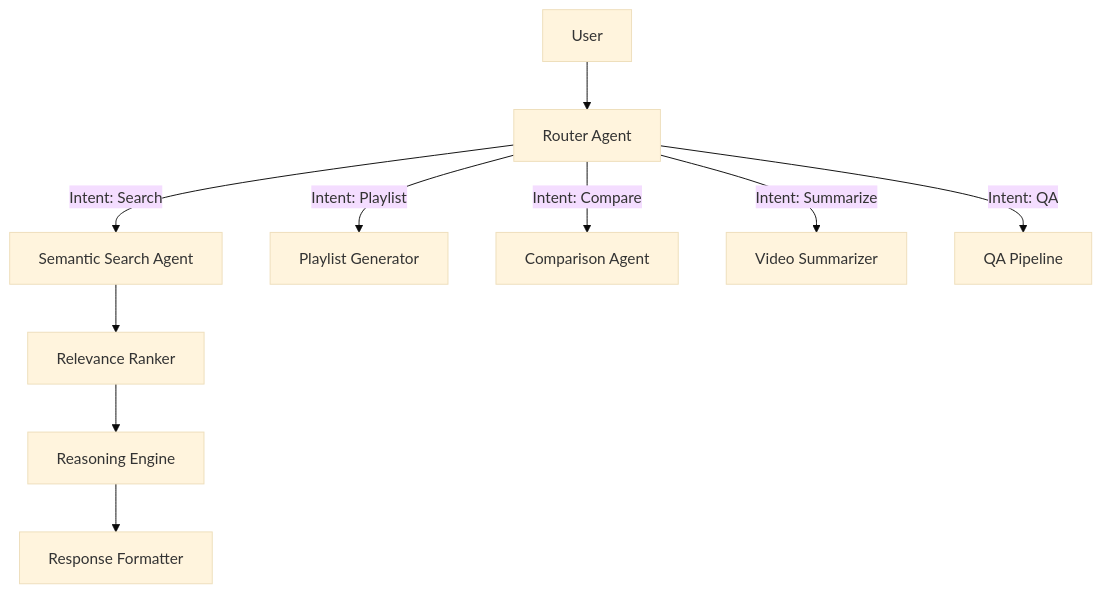
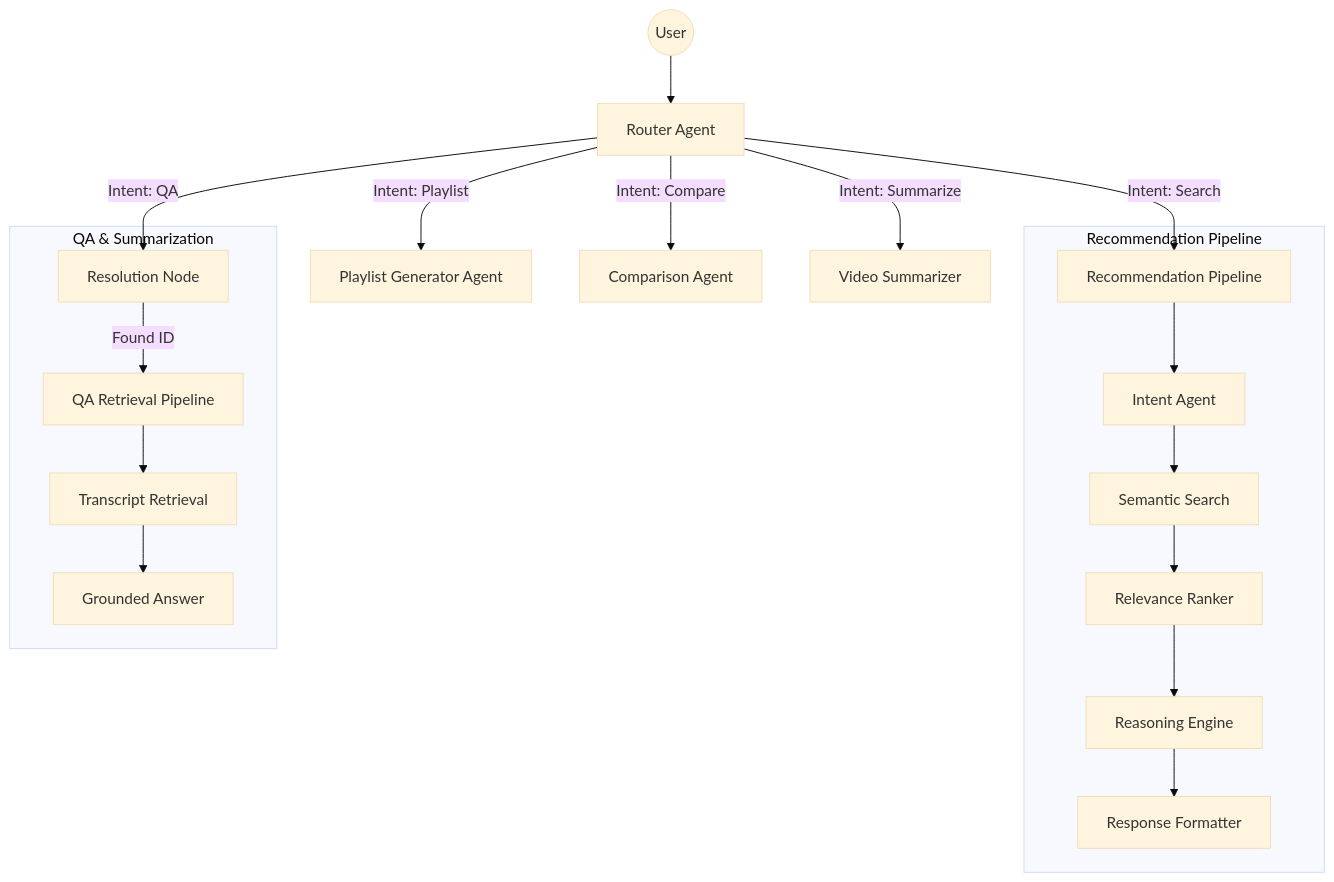
The diagram in README.md (mihir-rahate/TED_Agent_AI), drawn with Mermaid (base theme) before and after one commit. The commit also changed other lines of this file, not shown here.

First line of the commit message:
Revise architecture and agent network sections

````diff
--- a/README.md
+++ b/README.md
@@ -11,13 +11,27 @@
 ```mermaid
 graph TD
-    User-->Router[Router Agent]
-    Router-->|Intent: Search|Search[Semantic Search Agent]
-    Router-->|Intent: Playlist|Playlist[Playlist Generator]
-    Router-->|Intent: Compare|Compare[Comparison Agent]
-    Router-->|Intent: Summarize|Sum[Video Summarizer]
-    Router-->|Intent: QA|QA[QA Pipeline]
+    User((User)) --> Router[Router Agent]
     
-    Search-->Rank[Relevance Ranker]
-    Rank-->Reason[Reasoning Engine]
-    Reason-->Final[Response Formatter]
+    %% Main Router Branches
+    Router -->|Intent: Search| RecPipeline[Recommendation Pipeline]
+    Router -->|Intent: Playlist| Playlist[Playlist Generator Agent]
+    Router -->|Intent: Compare| Compare[Comparison Agent]
+    Router -->|Intent: Summarize| Summarizer[Video Summarizer]
+    Router -->|Intent: QA| QAResolver[Resolution Node]
+
+    %% Recommendation Sub-Graph
+    subgraph "Recommendation Pipeline"
+        RecPipeline --> Intent[Intent Agent]
+        Intent --> Search[Semantic Search]
+        Search --> Rank[Relevance Ranker]
+        Rank --> Reason[Reasoning Engine]
+        Reason --> Final[Response Formatter]
+    end
+
+    %% QA Sub-Graph
+    subgraph "QA & Summarization"
+        QAResolver -->|Found ID| QAGraph[QA Retrieval Pipeline]
+        QAGraph --> Retrieve[Transcript Retrieval]
+        Retrieve --> Answer[Grounded Answer]
+    end
 ```
````
